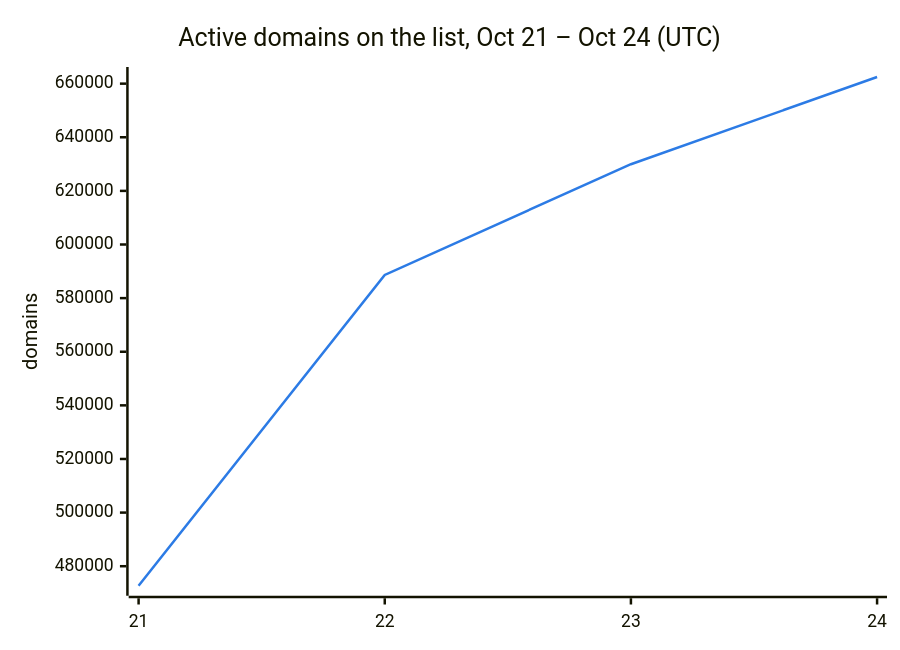
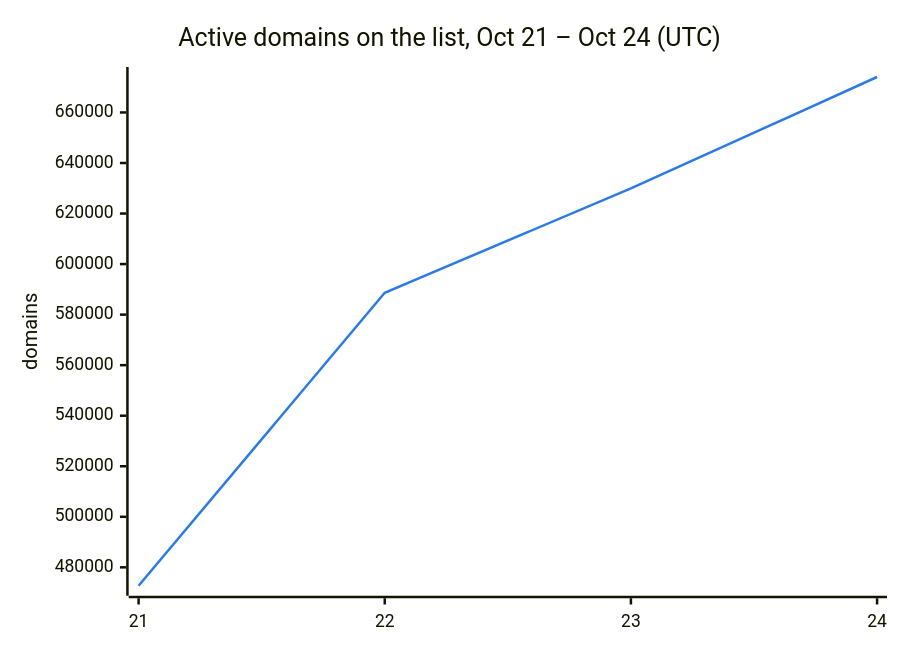
The second of 3 diagrams in README.md (DNSBunker/CTI), drawn with Mermaid before and after one commit. The commit also changed other lines of this file and 3 other files, not shown here.

````diff
--- a/README.md
+++ b/README.md
@@ -38,8 +38,8 @@
 ```mermaid
 %%{init: {"themeVariables": {"xyChart": {"plotColorPalette": "#2c7be5"}}}}%%
 xychart-beta
     title "Active domains on the list, Oct 21 – Oct 24 (UTC)"
     x-axis ["21", "22", "23", "24"]
     y-axis "domains"
-    line [472713, 588659, 629951, 662479]
+    line [472713, 588659, 629951, 674027]
 ```
````
